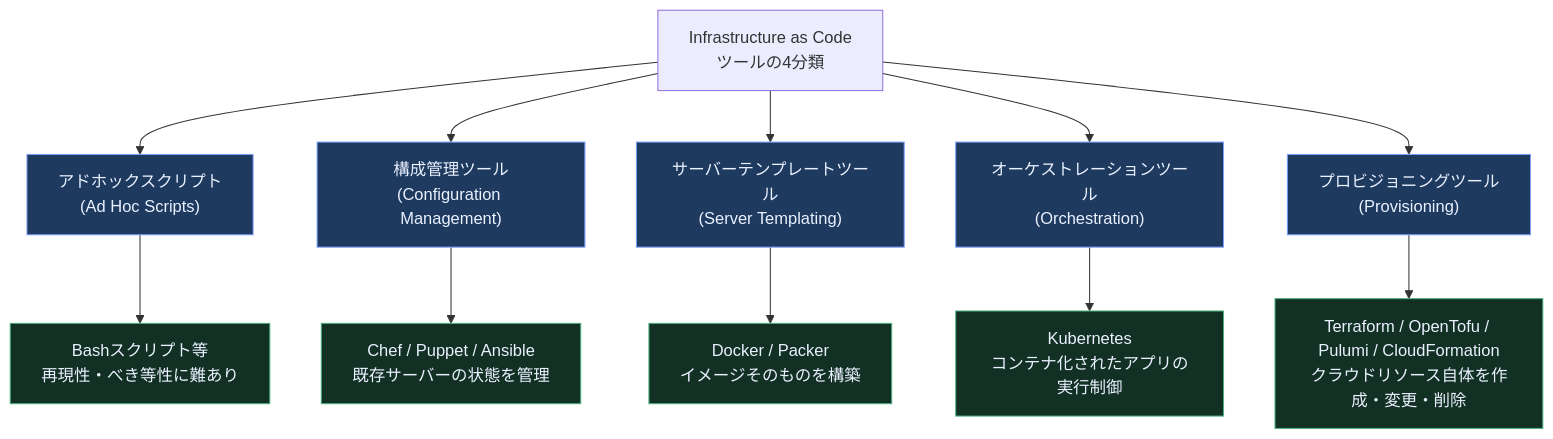
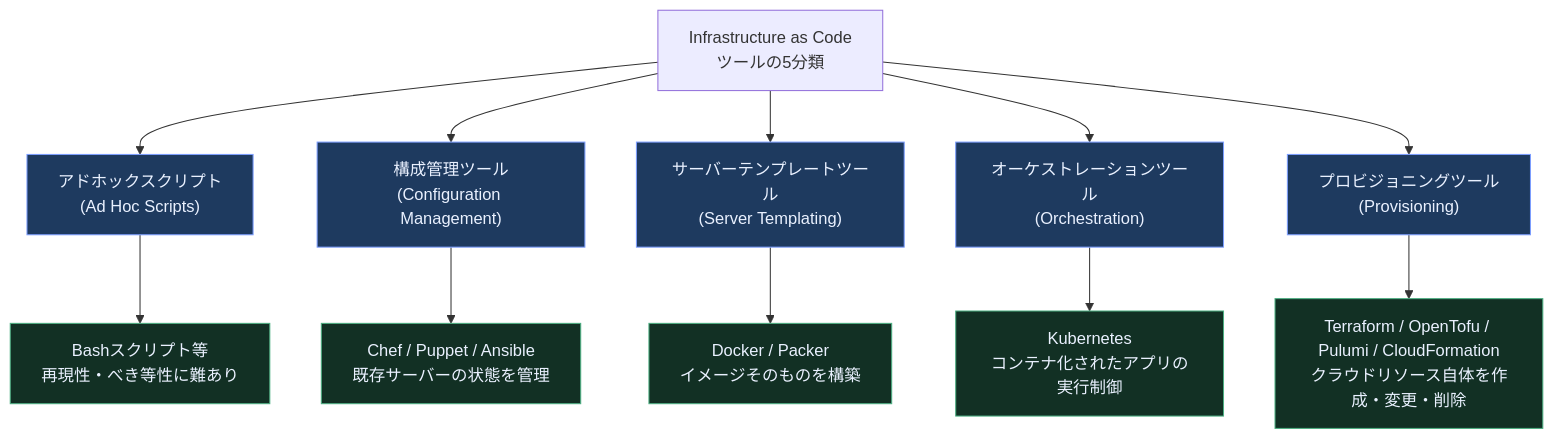
Before and after one commit to myoshi2891/Cloud-Infrastructure-Studies: the first of 19 diagrams in Terraform-up-and-running.md, drawn with Mermaid. The commit also changed other lines of this file, not shown here.

````diff
--- a/Terraform-up-and-running.md
+++ b/Terraform-up-and-running.md
@@ -58,20 +58,20 @@
 ```mermaid
 flowchart TB
-    IAC["Infrastructure as Code<br/>ツールの4分類"]
+    IAC["Infrastructure as Code<br/>ツールの5分類"]
     IAC --> A["アドホックスクリプト<br/>(Ad Hoc Scripts)"]
     IAC --> B["構成管理ツール<br/>(Configuration Management)"]
     IAC --> C["サーバーテンプレートツール<br/>(Server Templating)"]
     IAC --> D["オーケストレーションツール<br/>(Orchestration)"]
     IAC --> E["プロビジョニングツール<br/>(Provisioning)"]
 
     A --> A1["Bashスクリプト等<br/>再現性・べき等性に難あり"]
     B --> B1["Chef / Puppet / Ansible<br/>既存サーバーの状態を管理"]
     C --> C1["Docker / Packer<br/>イメージそのものを構築"]
     D --> D1["Kubernetes<br/>コンテナ化されたアプリの実行制御"]
     E --> E1["Terraform / OpenTofu / Pulumi / CloudFormation<br/>クラウドリソース自体を作成・変更・削除"]
 
     classDef cat fill:#1e3a5f,stroke:#7c9eff,color:#eaf1ff
     classDef leaf fill:#123024,stroke:#4caf82,color:#eaf1ff
     class A,B,C,D,E cat
     class A1,B1,C1,D1,E1 leaf
 ```
````
